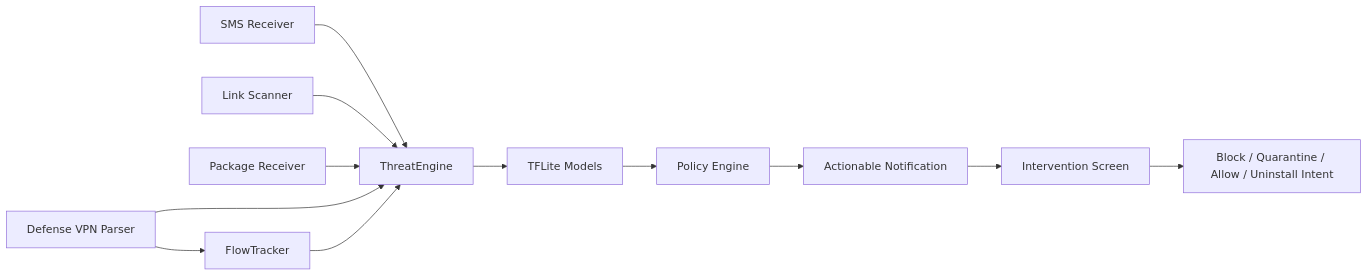
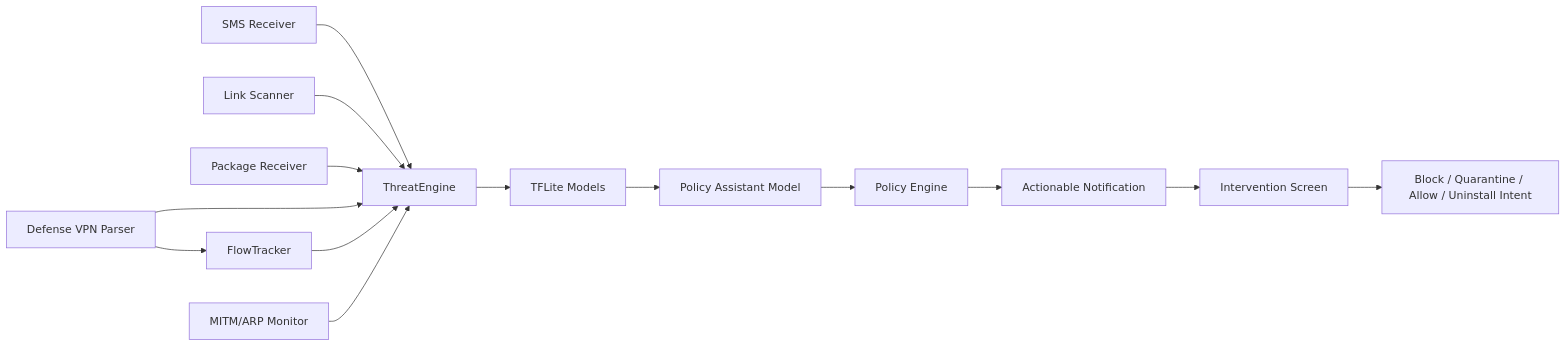
Before and after one commit to chefvolkan53-ctrl/CyberShieldAndroid: the diagram in README.md, drawn with Mermaid. The commit also changed other lines of this file and 1 other file, not shown here.

````diff
--- a/README.md
+++ b/README.md
@@ -52,14 +59,16 @@
 ```mermaid
 flowchart LR
     SMS[SMS Receiver] --> Engine[ThreatEngine]
     URL[Link Scanner] --> Engine
     APK[Package Receiver] --> Engine
     VPN[Defense VPN Parser] --> Flow[FlowTracker]
     VPN --> Engine
     Flow --> Engine
+    ARP[MITM/ARP Monitor] --> Engine
     Engine --> TFLite[TFLite Models]
-    TFLite --> Policy[Policy Engine]
+    TFLite --> Assistant[Policy Assistant Model]
+    Assistant --> Policy[Policy Engine]
     Policy --> Notify[Actionable Notification]
     Notify --> Intervention[Intervention Screen]
     Intervention --> Block[Block / Quarantine / Allow / Uninstall Intent]
 ```
````
